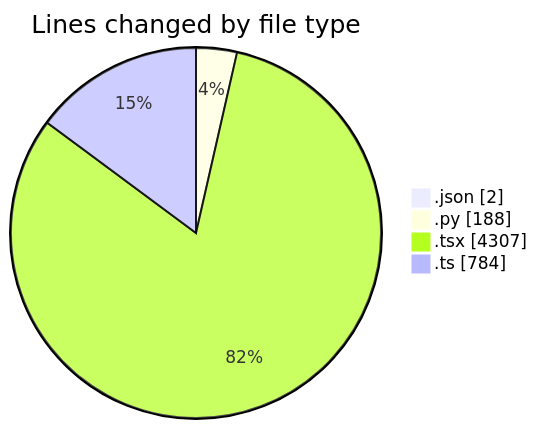
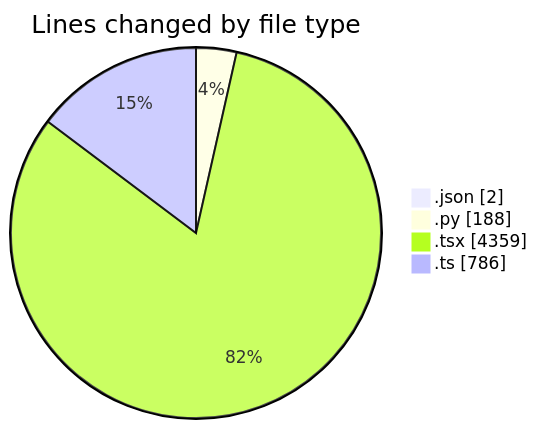
Before and after one commit to julien-gomy/code-tracking: the first of 2 diagrams in 2025-10-06/eventscop-frontend-guide__workspace_/README.md, drawn with Mermaid. The commit also changed other lines of this file and 1 other file, not shown here.

````diff
--- a/2025-10-06/eventscop-frontend-guide__workspace_/README.md
+++ b/2025-10-06/eventscop-frontend-guide__workspace_/README.md
@@ -52,8 +53,8 @@
 ```mermaid
 pie showData
 title Lines changed by file type
 ".json" : 2
 ".py" : 188
-".tsx" : 4307
-".ts" : 784
+".tsx" : 4359
+".ts" : 786
 ```
````
